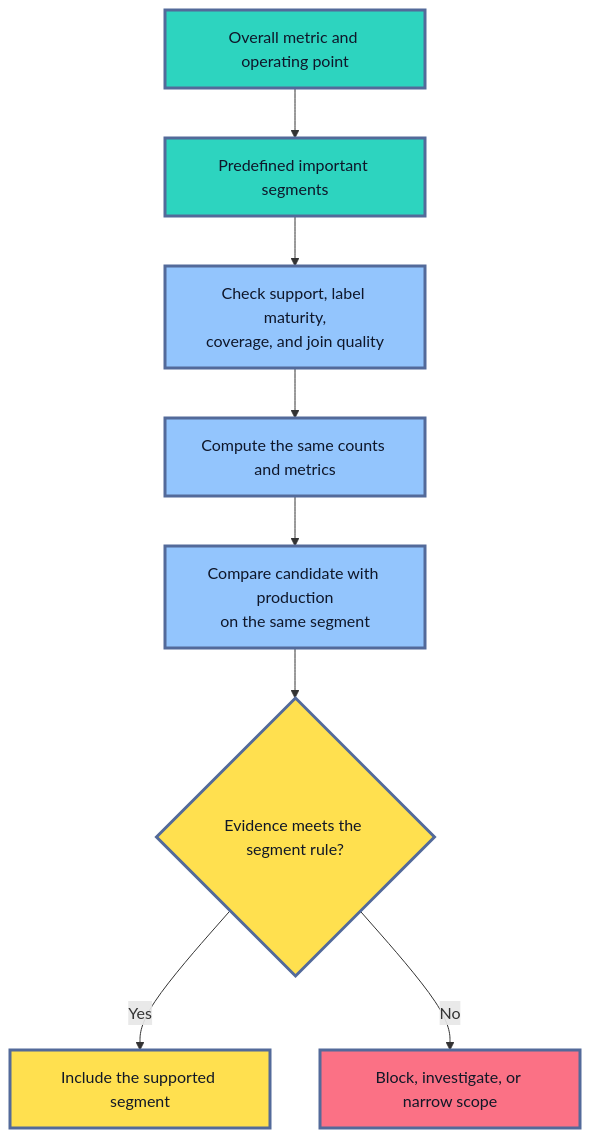
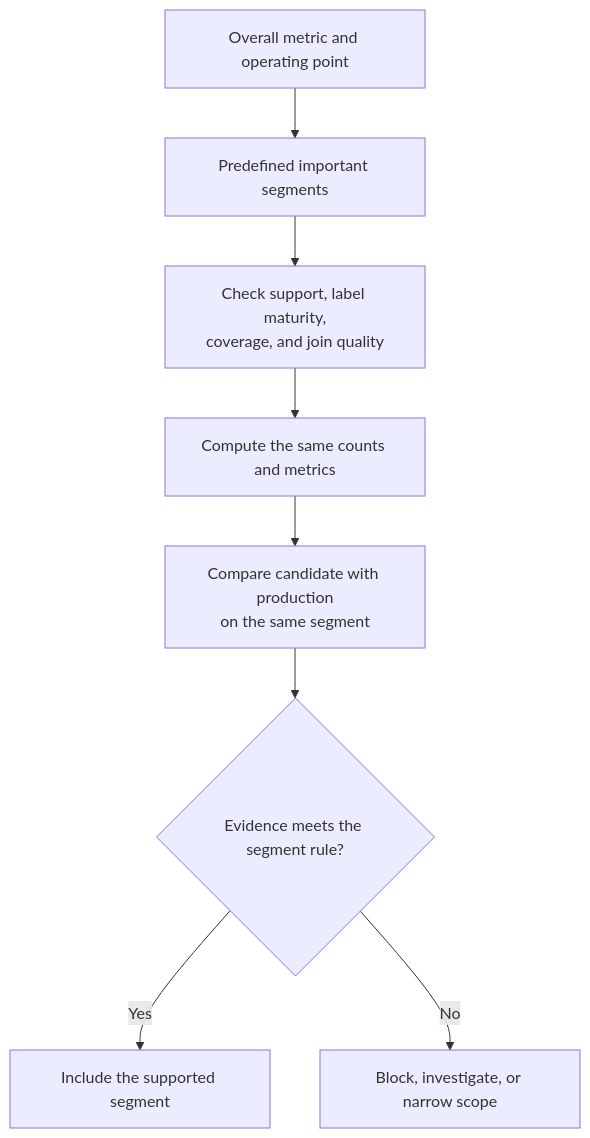
One commit to senlinyy/dev-roadmaps changed the eighth of 8 diagrams in roadmaps/mlops/modules/model-evaluation/offline-evaluation/02-classification-metrics.md. Above: the diagram before and after it, drawn with Mermaid. The commit also changed other lines of this file and 152 other files, not shown here.

Commit message:
feat: mlops and diagrams updated

````diff
--- a/roadmaps/mlops/modules/model-evaluation/offline-evaluation/02-classification-metrics.md
+++ b/roadmaps/mlops/modules/model-evaluation/offline-evaluation/02-classification-metrics.md
@@ -320,14 +312,11 @@
 ```mermaid
 flowchart TD
     O["Overall metric and operating point"] --> S["Predefined important segments"] --> C["Check support, label maturity,<br/>coverage, and join quality"] --> P["Compute the same counts and metrics"] --> B["Compare candidate with production<br/>on the same segment"] --> G{"Evidence meets the segment rule?"}
     G -- "Yes" --> A["Include the supported segment"]
     G -- "No" --> N["Block, investigate, or narrow scope"]
-    classDef evidence fill:#2DD4BF,stroke:#536A9A,stroke-width:3px,color:#0F172A
-    classDef analysis fill:#93C5FD,stroke:#536A9A,stroke-width:3px,color:#0F172A
-    classDef decision fill:#FFE04F,stroke:#536A9A,stroke-width:3px,color:#111827
-    classDef hold fill:#FB7185,stroke:#536A9A,stroke-width:3px,color:#111827
+
     class O,S evidence
     class C,P,B analysis
     class G,A decision
     class N hold
 ```
````
